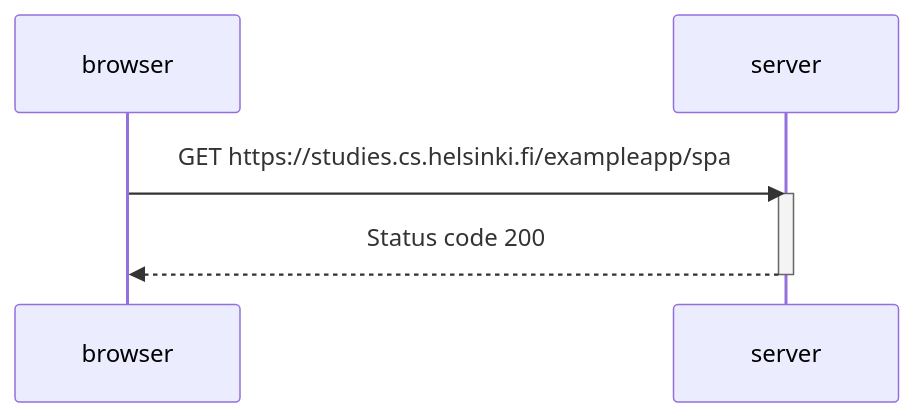
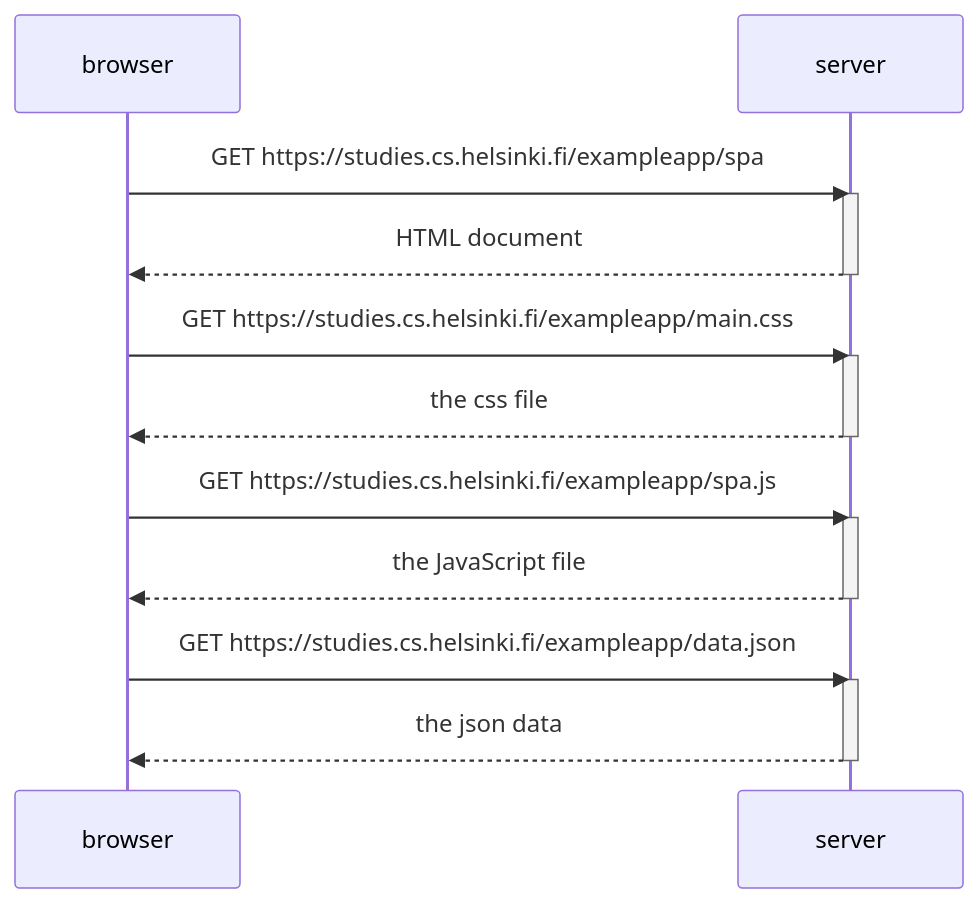
Before and after one commit to heik-ki/full-stack: the diagram in osa0/0.5_Single Page App.md, drawn with Mermaid.

Commit message:
Update 0.5_Single Page App.md

````diff
--- a/osa0/0.5_Single Page App.md
+++ b/osa0/0.5_Single Page App.md
@@ -1,11 +1,27 @@
 ```mermaid
 sequenceDiagram
   participant browser
   participant server
 
 browser->>server: GET https://studies.cs.helsinki.fi/exampleapp/spa
 activate server
-server-->>browser: Status code 200
+server-->>browser: HTML document
 deactivate server
 
+browser->>server: GET https://studies.cs.helsinki.fi/exampleapp/main.css
+activate server
+server-->>browser: the css file
+deactivate server
+
+browser->>server: GET https://studies.cs.helsinki.fi/exampleapp/spa.js
+activate server
+server-->>browser: the JavaScript file
+deactivate server
+
+browser->>server: GET https://studies.cs.helsinki.fi/exampleapp/data.json
+activate server
+server-->>browser: the json data
+deactivate server
+
+
 ```
````
